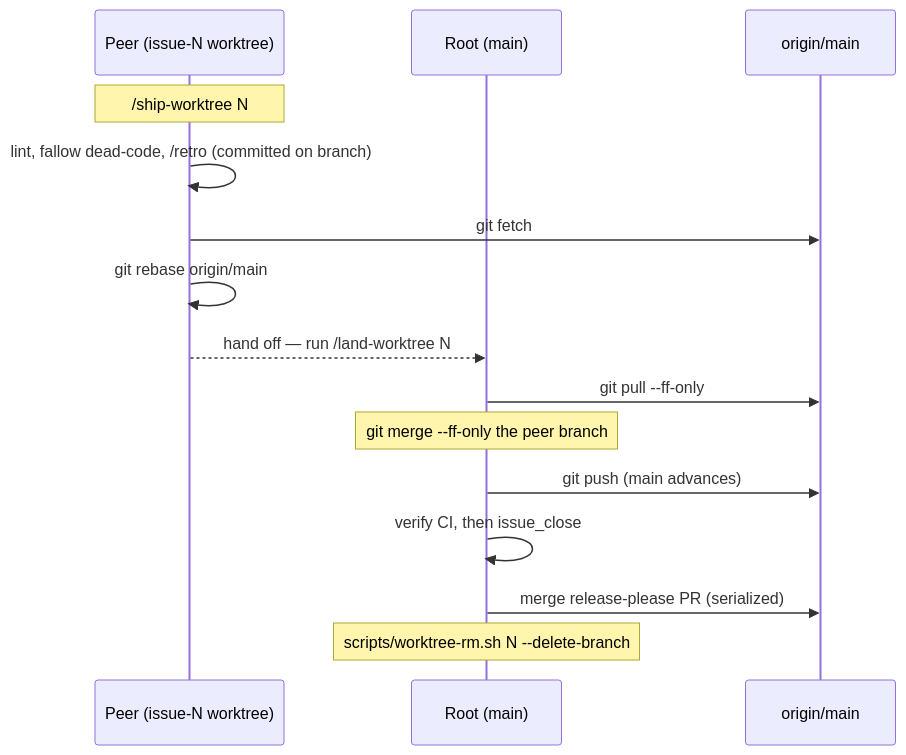
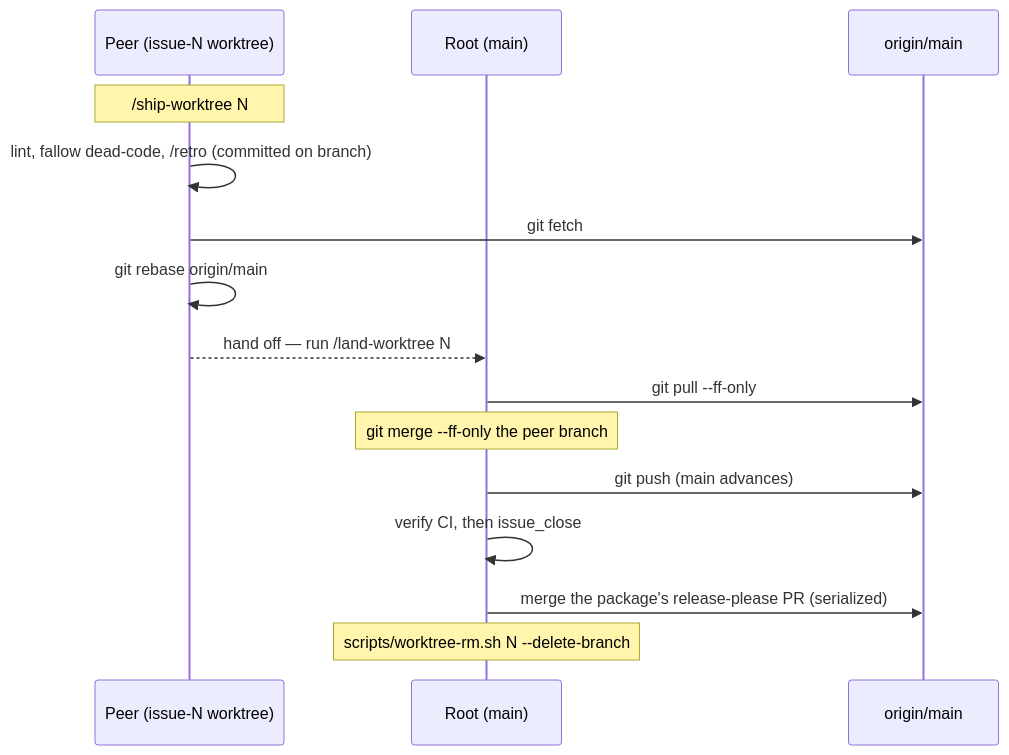
One commit to gotgenes/pi-packages changed the third of 3 diagrams in README.md. Above: the diagram before and after it, drawn with Mermaid. The commit also changed other lines of this file and 4 other files, not shown here.

````diff
--- a/README.md
+++ b/README.md
@@ -180,18 +180,18 @@
 ```mermaid
 sequenceDiagram
     participant Peer as Peer (issue-N worktree)
     participant Root as Root (main)
     participant Origin as origin/main
 
     Note over Peer: /ship-worktree N
     Peer->>Peer: lint, fallow dead-code, /retro (committed on branch)
     Peer->>Origin: git fetch
     Peer->>Peer: git rebase origin/main
     Peer-->>Root: hand off — run /land-worktree N
     Root->>Origin: git pull --ff-only
     Note over Root: git merge --ff-only the peer branch
     Root->>Origin: git push (main advances)
     Root->>Root: verify CI, then issue_close
-    Root->>Origin: merge release-please PR (serialized)
+    Root->>Origin: merge the package's release-please PR (serialized)
     Note over Root: scripts/worktree-rm.sh N --delete-branch
 ```
````
